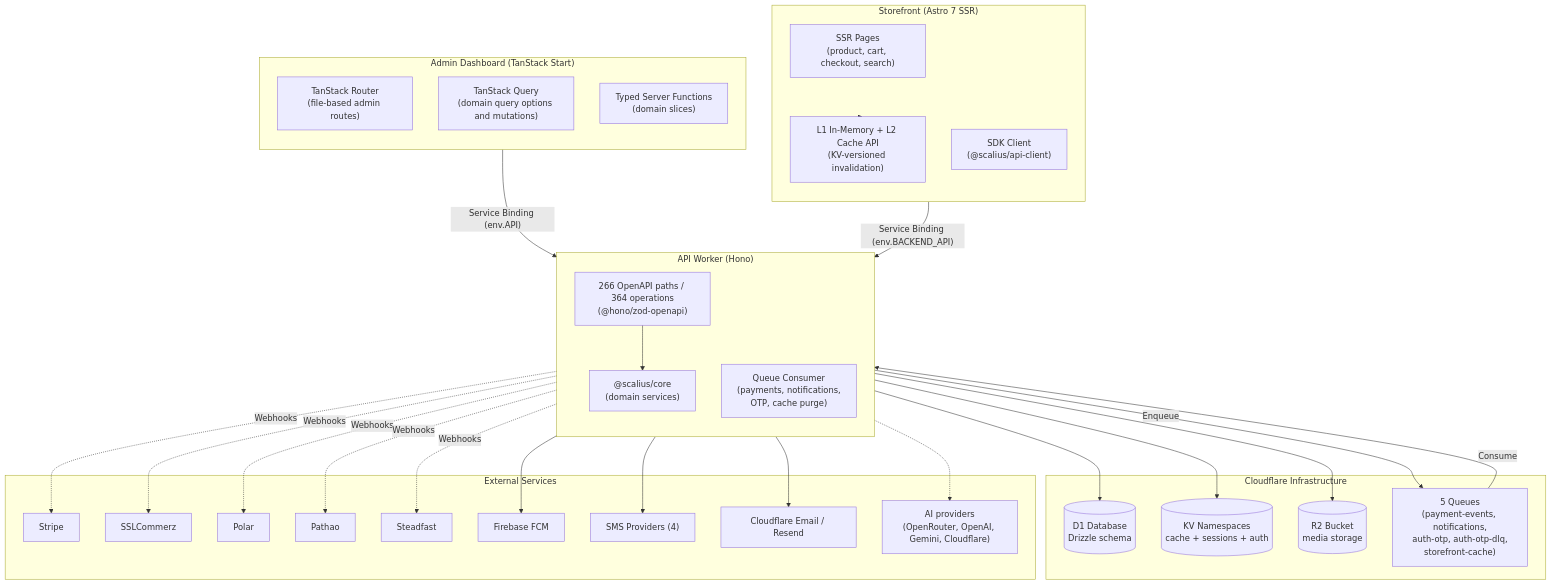
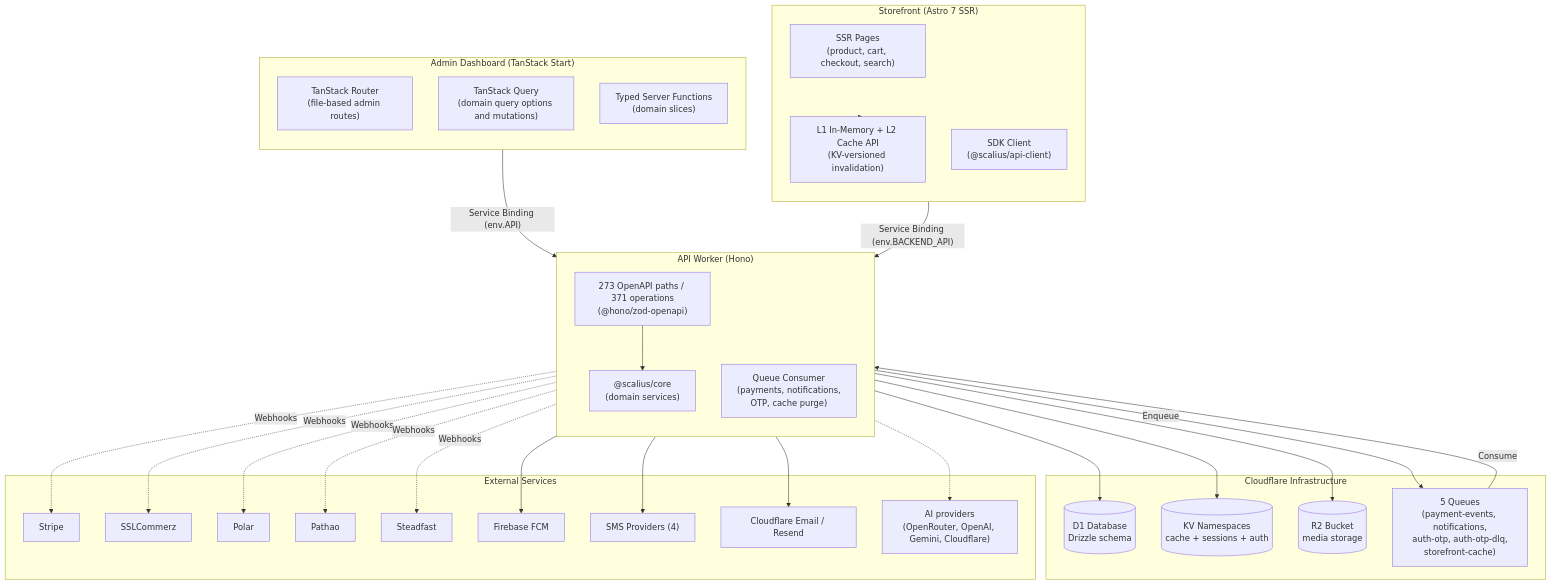
The first of 3 diagrams in README.md (scaliuslabs/scalius-commerce-lite), drawn with Mermaid before and after one commit. The commit also changed 25 other files, not shown here.

````diff
--- a/README.md
+++ b/README.md
@@ -87,62 +87,62 @@
 ```mermaid
 flowchart TB
     subgraph AdminV2 ["Admin Dashboard (TanStack Start)"]
         direction TB
         TSRouter["TanStack Router<br/>(file-based admin routes)"]
         TSQuery["TanStack Query<br/>(domain query options and mutations)"]
         ServerFns["Typed Server Functions<br/>(domain slices)"]
     end
 
     subgraph Storefront ["Storefront (Astro 7 SSR)"]
         direction TB
         AstroPages["SSR Pages<br/>(product, cart, checkout, search)"]
         EdgeCache["L1 In-Memory + L2 Cache API<br/>(KV-versioned invalidation)"]
         SDKClient["SDK Client<br/>(@scalius/api-client)"]
     end
 
     subgraph API ["API Worker (Hono)"]
         direction TB
-        HonoApp["266 OpenAPI paths / 364 operations<br/>(@hono/zod-openapi)"]
+        HonoApp["273 OpenAPI paths / 371 operations<br/>(@hono/zod-openapi)"]
         QueueConsumer["Queue Consumer<br/>(payments, notifications,<br/>OTP, cache purge)"]
         CoreModules["@scalius/core<br/>(domain services)"]
     end
 
     subgraph Infra ["Cloudflare Infrastructure"]
         D1[(D1 Database<br/>Drizzle schema)]
         KV[(KV Namespaces<br/>cache + sessions + auth)]
         R2[(R2 Bucket<br/>media storage)]
         Queues["5 Queues<br/>(payment-events, notifications,<br/>auth-otp, auth-otp-dlq,<br/>storefront-cache)"]
     end
 
     subgraph External ["External Services"]
         Stripe["Stripe"]
         SSLCommerz["SSLCommerz"]
         Polar["Polar"]
         Pathao["Pathao"]
         Steadfast["Steadfast"]
         Firebase["Firebase FCM"]
         SMS["SMS Providers (4)"]
         EmailProvider["Cloudflare Email / Resend"]
         AIProviders["AI providers<br/>(OpenRouter, OpenAI, Gemini, Cloudflare)"]
     end
 
     AdminV2 -->|"Service Binding (env.API)"| API
     Storefront -->|"Service Binding (env.BACKEND_API)"| API
     API --> D1
     API --> KV
     API --> R2
     API -->|Enqueue| Queues
     Queues -->|Consume| QueueConsumer
     QueueConsumer --> Firebase
     QueueConsumer --> SMS
     QueueConsumer --> EmailProvider
     HonoApp --> CoreModules
     Storefront --> EdgeCache
 
     API -.->|Webhooks| Stripe
     API -.->|Webhooks| SSLCommerz
     API -.->|Webhooks| Polar
     API -.->|Webhooks| Pathao
     API -.->|Webhooks| Steadfast
     API -.-> AIProviders
 ```
````
